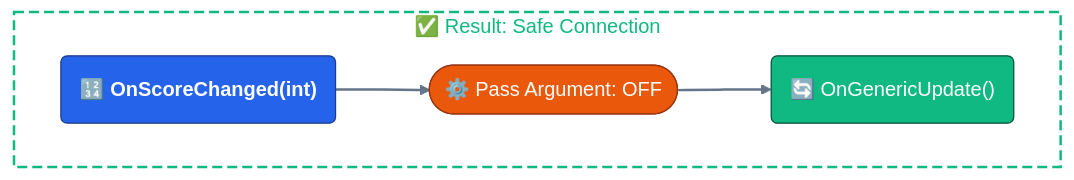
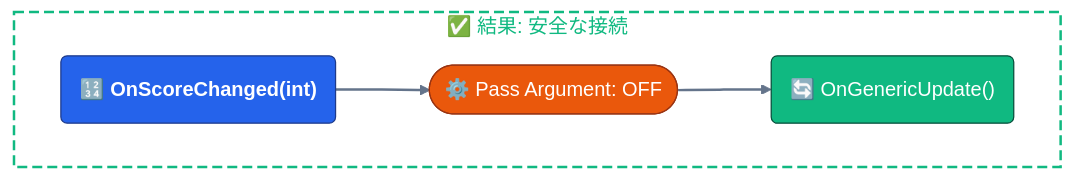
Before and after one commit to tinygiants-tech/TinyGiants: the third of 3 diagrams in i18n/ja/docusaurus-plugin-content-docs/current/game-event-system/flow-graph/game-event-node-connector.md, drawn with Mermaid. The commit also changed other lines of this file and 81 other files, not shown here.

````diff
--- a/i18n/ja/docusaurus-plugin-content-docs/current/game-event-system/flow-graph/game-event-node-connector.md
+++ b/i18n/ja/docusaurus-plugin-content-docs/current/game-event-system/flow-graph/game-event-node-connector.md
@@ -188,17 +188,17 @@
 ```mermaid
 graph LR
 
-    subgraph Title ["<span style='color:#10b981'>✅ Result: Safe Connection</span>"]
+    subgraph Title ["<span style='color:#10b981'>✅ 結果: 安全な接続</span>"]
         direction LR
         A("🔢 OnScoreChanged(int)"):::event --> B(["⚙️ Pass Argument: OFF"]):::setting
         B --> C("🔄 OnGenericUpdate()"):::action
     end
 
     classDef event fill:#2563eb,stroke:#1e3a8a,color:#ffffff,font-weight:bold
     classDef setting fill:#ea580c,stroke:#9a3412,color:#ffffff
     classDef action fill:#10b981,stroke:#064e3b,color:#ffffff
     
     style Title fill:none,stroke:#10b981,stroke-width:2px,stroke-dasharray: 8 4
 
     linkStyle default stroke:#64748b,stroke-width:2px
 ```
````
